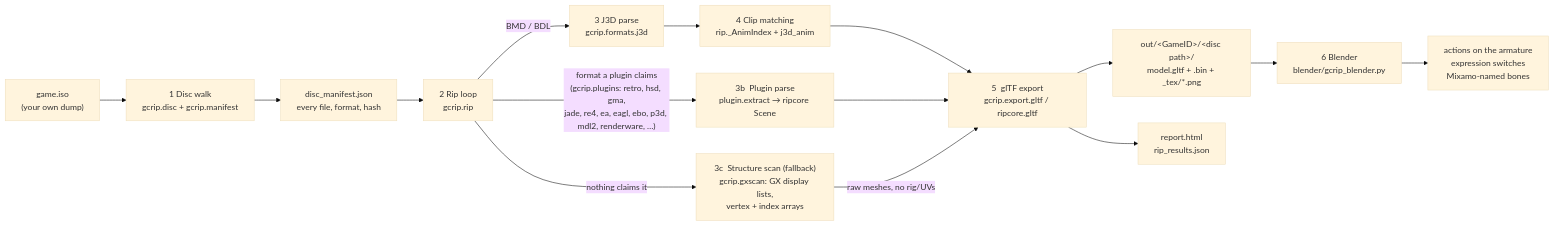
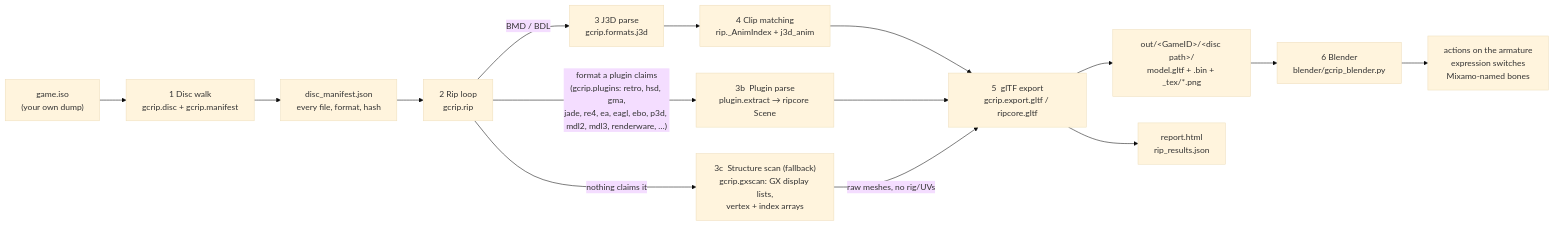
One commit to Felbs/3d-ripper-9000 changed the first of 8 diagrams in docs/PIPELINE.md. Above: the diagram before and after it, drawn with Mermaid (base theme). The commit also changed other lines of this file and 6 other files, not shown here.

First line of the commit message:
gcrip rkv/mdl3: RKV2 archives + Krome MDL3 models (.mdl tables + .mdg GX blocks, .tex textures) - Ty 2 / Ty 3 / Spyro ANB / King Arthur; Ty 2 = 2.1k models / 3.4M tris

````diff
--- a/docs/PIPELINE.md
+++ b/docs/PIPELINE.md
@@ -11,17 +11,17 @@
 ```mermaid
 flowchart LR
     ISO["game.iso<br/>(your own dump)"] --> WALK["1  Disc walk<br/>gcrip.disc + gcrip.manifest"]
     WALK --> MAN["disc_manifest.json<br/>every file, format, hash"]
     MAN --> RIP["2  Rip loop<br/>gcrip.rip"]
     RIP -->|"BMD / BDL"| J3D["3  J3D parse<br/>gcrip.formats.j3d"]
-    RIP -->|"format a plugin claims<br/>(gcrip.plugins: retro, hsd, gma,<br/>jade, re4, ea, eagl, ebo, p3d, mdl2, renderware, …)"| PLUG["3b  Plugin parse<br/>plugin.extract → ripcore Scene"]
+    RIP -->|"format a plugin claims<br/>(gcrip.plugins: retro, hsd, gma,<br/>jade, re4, ea, eagl, ebo, p3d, mdl2, mdl3, renderware, …)"| PLUG["3b  Plugin parse<br/>plugin.extract → ripcore Scene"]
     RIP -->|"nothing claims it"| GX["3c  Structure scan (fallback)<br/>gcrip.gxscan: GX display lists,<br/>vertex + index arrays"]
     J3D --> ANIM["4  Clip matching<br/>rip._AnimIndex + j3d_anim"]
     ANIM --> GLTF["5  glTF export<br/>gcrip.export.gltf / ripcore.gltf"]
     PLUG --> GLTF
     GX -->|"raw meshes, no rig/UVs"| GLTF
     GLTF --> OUT["out/&lt;GameID&gt;/&lt;disc path&gt;/<br/>model.gltf + .bin + _tex/*.png"]
     GLTF --> REP["report.html<br/>rip_results.json"]
     OUT --> BL["6  Blender<br/>blender/gcrip_blender.py"]
     BL --> PLAY["actions on the armature<br/>expression switches<br/>Mixamo-named bones"]
 ```
````
